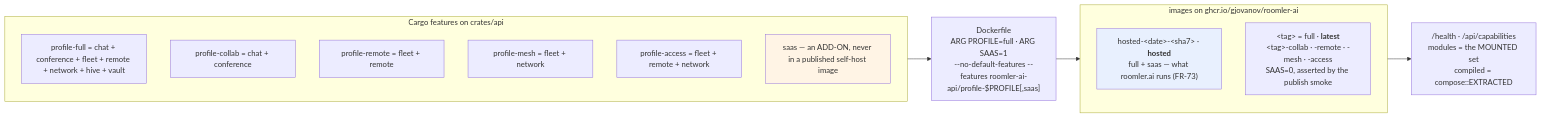
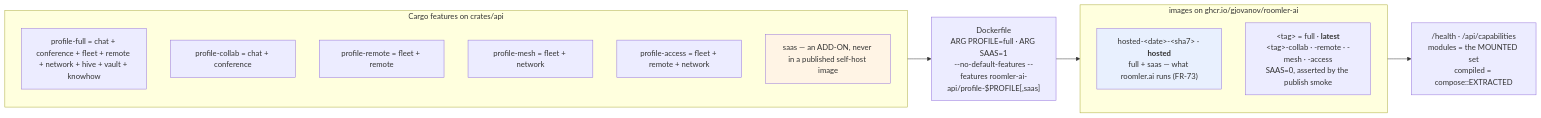
The third of 8 diagrams in docs/modular-monolith.md (gjovanov/roomler-ai), drawn with Mermaid before and after one commit. The commit also changed other lines of this file and 46 other files, not shown here.

````diff
--- a/docs/modular-monolith.md
+++ b/docs/modular-monolith.md
@@ -130,20 +134,20 @@
 ```mermaid
 flowchart LR
     subgraph feats["Cargo features on crates/api"]
-        F1["profile-full = chat + conference + fleet + remote + network + hive + vault"]
+        F1["profile-full = chat + conference + fleet + remote + network + hive + vault + knowhow"]
         F2["profile-collab = chat + conference"]
         F3["profile-remote = fleet + remote"]
         F4["profile-mesh = fleet + network"]
         F5["profile-access = fleet + remote + network"]
         S["saas — an ADD-ON, never in a published self-host image"]
     end
     DF["Dockerfile<br/>ARG PROFILE=full · ARG SAAS=1<br/>--no-default-features --features roomler-ai-api/profile-$PROFILE[,saas]"]
     subgraph images["images on ghcr.io/gjovanov/roomler-ai"]
         H["hosted-&lt;date&gt;-&lt;sha7&gt; · <b>hosted</b><br/>full + saas — what roomler.ai runs (FR-73)"]
         V["&lt;tag&gt; = full · <b>latest</b><br/>&lt;tag&gt;-collab · -remote · -mesh · -access<br/>SAAS=0, asserted by the publish smoke"]
     end
     HEALTH["/health · /api/capabilities<br/>modules = the MOUNTED set<br/>compiled = compose::EXTRACTED"]
     feats --> DF --> images --> HEALTH
     style S fill:#fff4e5
     style H fill:#e8f0fe
 ```
````
